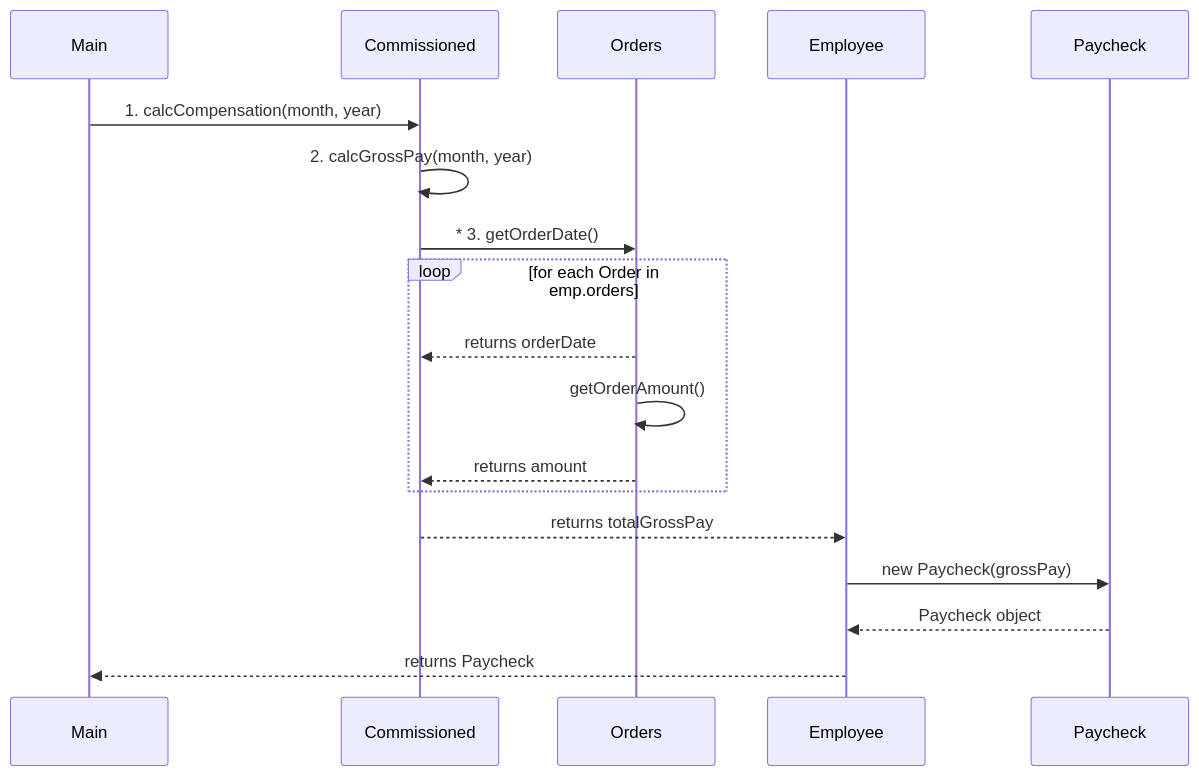
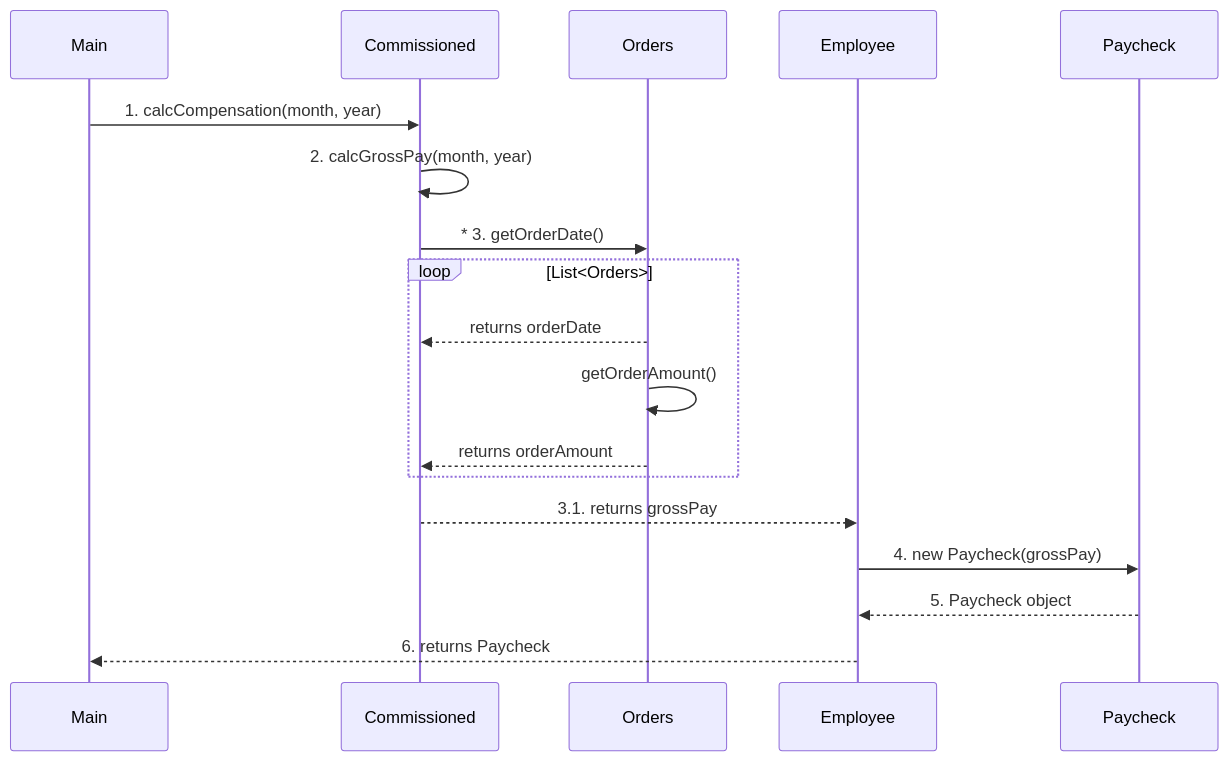
The second of 2 diagrams in MPP_ASSIGNMENTS/src/lab4/README.md (leone2016/MPP_ASSIGNMENTS), drawn with Mermaid before and after one commit. The commit also changed other lines of this file, not shown here.

````diff
--- a/MPP_ASSIGNMENTS/src/lab4/README.md
+++ b/MPP_ASSIGNMENTS/src/lab4/README.md
@@ -52,26 +54,26 @@
 ```mermaid
 sequenceDiagram
   participant Main
   participant emp as Commissioned
   participant ord as Orders
   participant empSuper as Employee
   participant pc as Paycheck
 
   Main->>emp: 1. calcCompensation(month, year)
   emp->>emp: 2. calcGrossPay(month, year)
   emp->>ord: * 3. getOrderDate()
-  loop for each Order in emp.orders
+  loop List<Orders>
     ord-->>emp: returns orderDate
     ord->>ord: getOrderAmount()
-    ord-->>emp: returns amount
+    ord-->>emp: returns orderAmount
   end
-   emp-->>empSuper: returns totalGrossPay
-   empSuper->>pc: new Paycheck(grossPay)
-	  pc-->>empSuper: Paycheck object
-  empSuper-->>Main: returns Paycheck
+   emp-->>empSuper: 3.1. returns grossPay
+   empSuper->>pc: 4. new Paycheck(grossPay)
+	  pc-->>empSuper: 5. Paycheck object
+  empSuper-->>Main: 6. returns Paycheck
 
 
 
 
 
 ```
````
